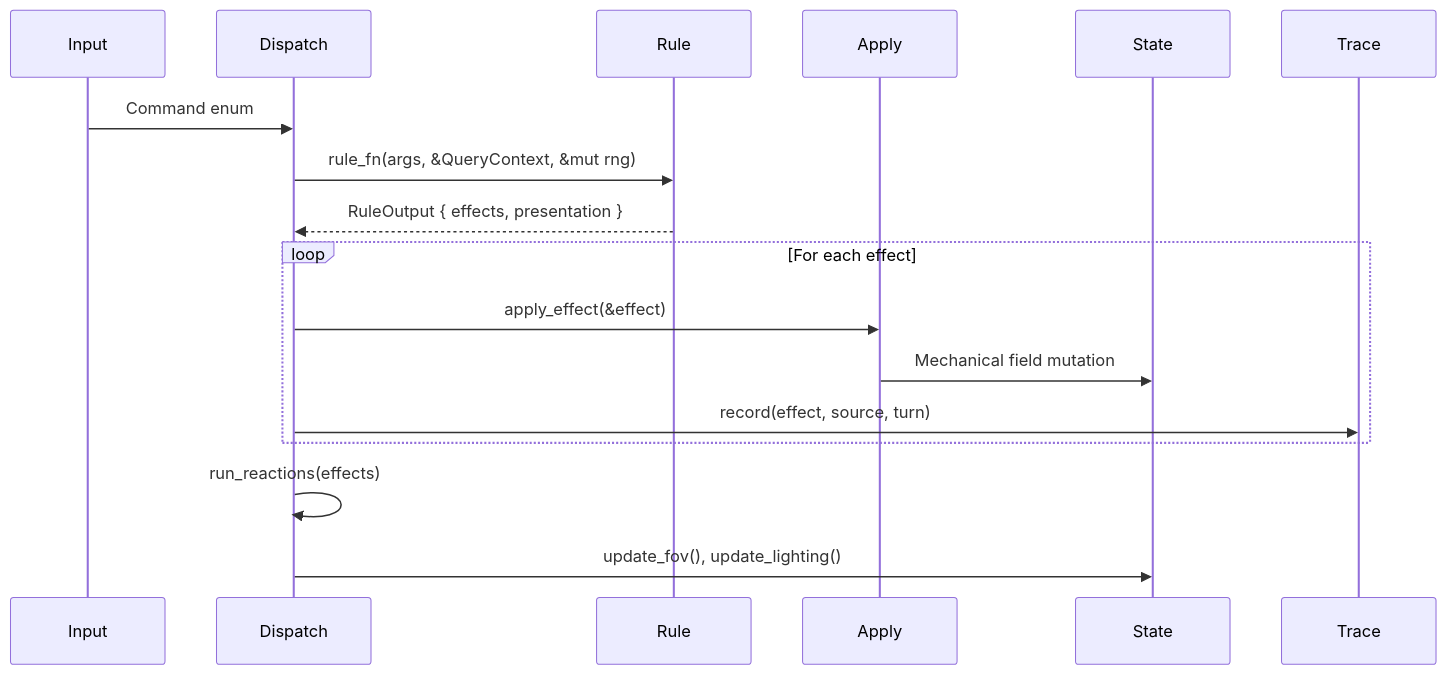
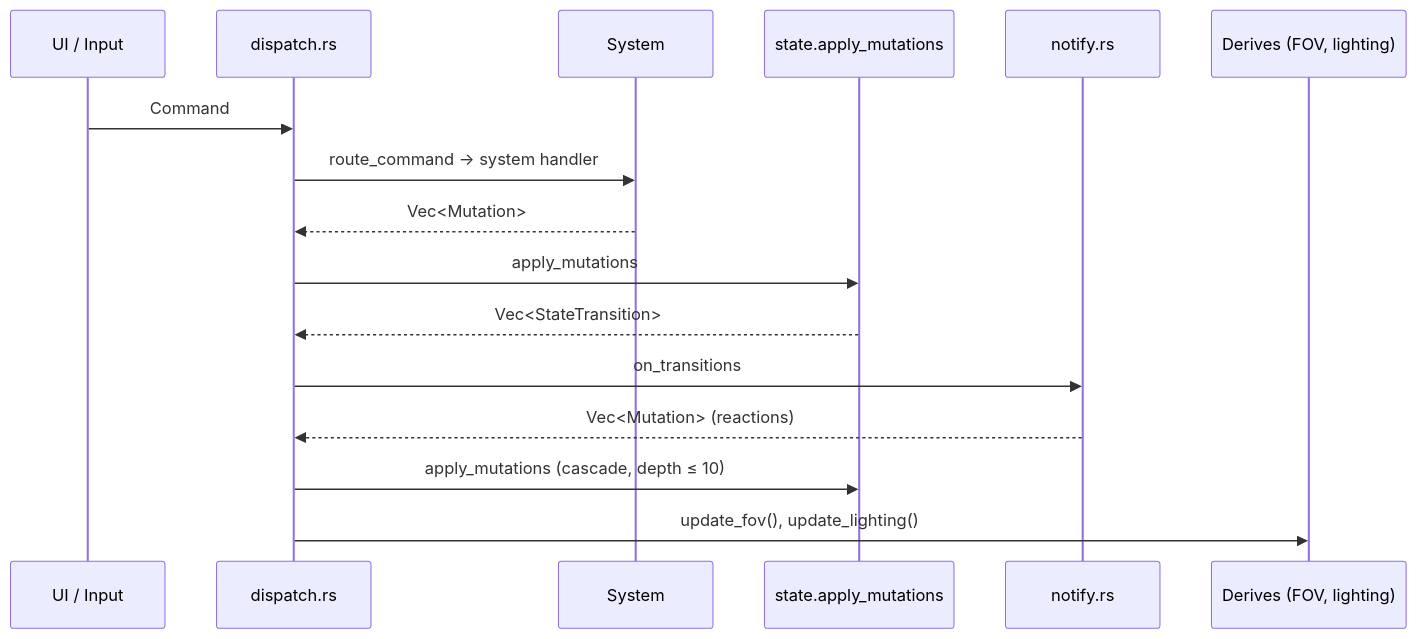
The first of 4 diagrams in .agents/summary/architecture.md (EliasVahlberg/saltglass-steppe), drawn with Mermaid before and after one commit. The commit also changed other lines of this file and 30 other files, not shown here.

````diff
--- a/.agents/summary/architecture.md
+++ b/.agents/summary/architecture.md
@@ -82,20 +14,19 @@
 ```mermaid
 sequenceDiagram
-    participant Input
-    participant Dispatch
-    participant Rule
-    participant Apply
-    participant State
-    participant Trace
+    participant UI as UI / Input
+    participant D as dispatch.rs
+    participant S as System
+    participant ST as state.apply_mutations
+    participant N as notify.rs
+    participant DV as Derives (FOV, lighting)
 
-    Input->>Dispatch: Command enum
-    Dispatch->>Rule: rule_fn(args, &QueryContext, &mut rng)
-    Rule-->>Dispatch: RuleOutput { effects, presentation }
-    loop For each effect
-        Dispatch->>Apply: apply_effect(&effect)
-        Apply->>State: Mechanical field mutation
-        Dispatch->>Trace: record(effect, source, turn)
-    end
-    Dispatch->>Dispatch: run_reactions(effects)
-    Dispatch->>State: update_fov(), update_lighting()
+    UI->>D: Command
+    D->>S: route_command → system handler
+    S-->>D: Vec<Mutation>
+    D->>ST: apply_mutations
+    ST-->>D: Vec<StateTransition>
+    D->>N: on_transitions
+    N-->>D: Vec<Mutation> (reactions)
+    D->>ST: apply_mutations (cascade, depth ≤ 10)
+    D->>DV: update_fov(), update_lighting()
 ```
````
